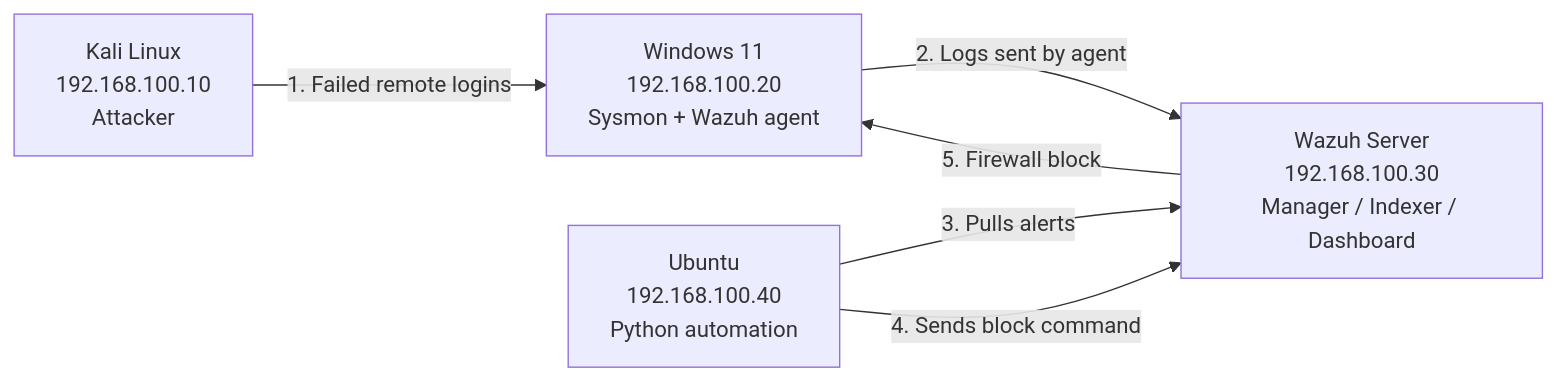
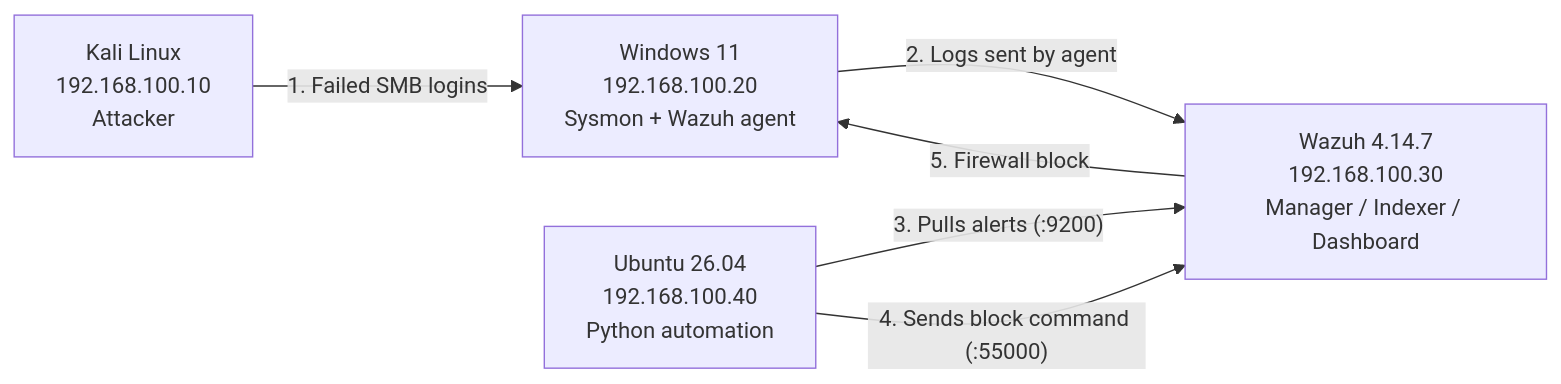
One commit to jonasssam/SOC-Automation-Lab changed the diagram in README.md. Above: the diagram before and after it, drawn with Mermaid. The commit also changed other lines of this file, not shown here.

First line of the commit message:
Revise README for SOC Automation Lab

````diff
--- a/README.md
+++ b/README.md
@@ -24,13 +29,13 @@
 ```mermaid
 flowchart LR
     K["Kali Linux<br/>192.168.100.10<br/>Attacker"]
     W["Windows 11<br/>192.168.100.20<br/>Sysmon + Wazuh agent"]
-    S["Wazuh Server<br/>192.168.100.30<br/>Manager / Indexer / Dashboard"]
-    A["Ubuntu<br/>192.168.100.40<br/>Python automation"]
-
-    K -- "1. Failed remote logins" --> W
+    S["Wazuh 4.14.7<br/>192.168.100.30<br/>Manager / Indexer / Dashboard"]
+    A["Ubuntu 26.04<br/>192.168.100.40<br/>Python automation"]
+ 
+    K -- "1. Failed SMB logins" --> W
     W -- "2. Logs sent by agent" --> S
-    A -- "3. Pulls alerts" --> S
-    A -- "4. Sends block command" --> S
+    A -- "3. Pulls alerts (:9200)" --> S
+    A -- "4. Sends block command (:55000)" --> S
     S -- "5. Firewall block" --> W
 ```
````
